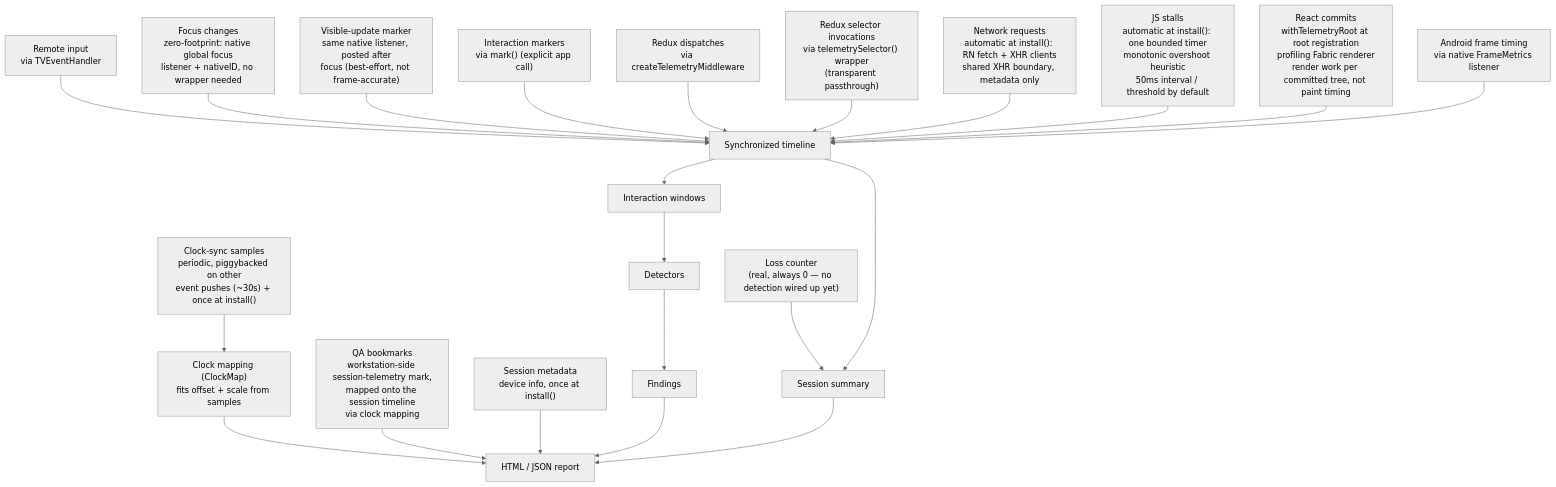
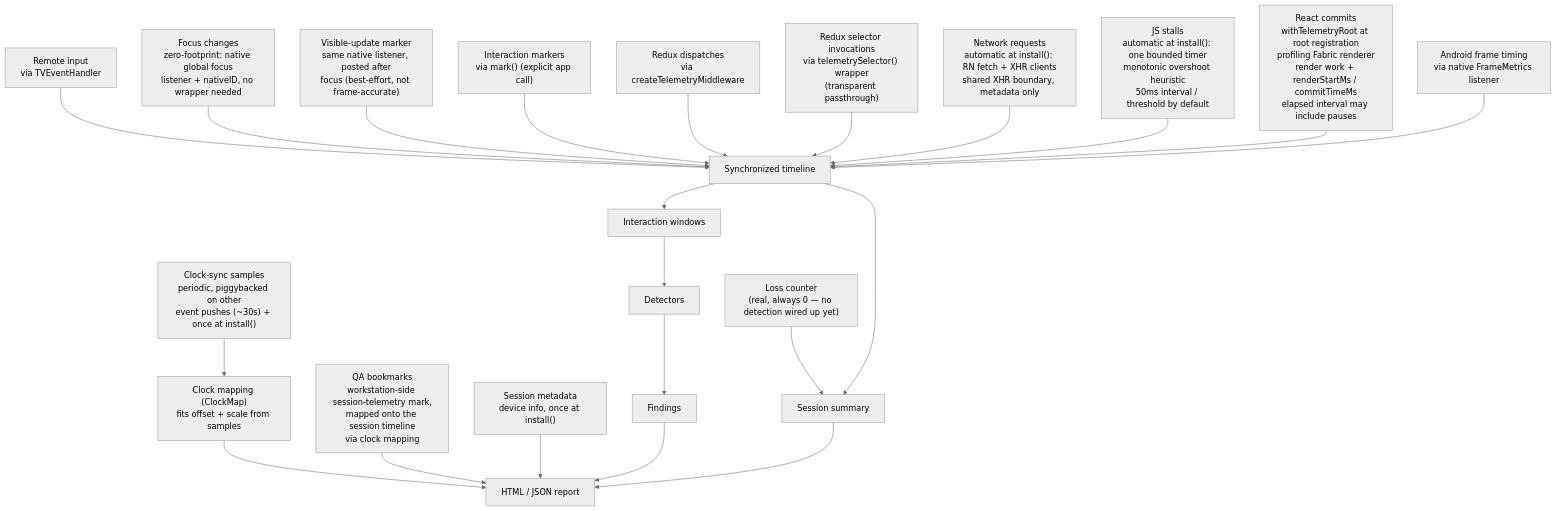
The diagram in diagrams/signals.mmd (undrafted/rn-android-tv-session-telemetry), drawn with Mermaid before and after one commit. The commit also changed 19 other files, not shown here.

```diff
--- a/diagrams/signals.mmd
+++ b/diagrams/signals.mmd
@@ -1,27 +1,27 @@
 %%{init: {"theme": "neutral"}}%%
 %% Full per-signal detail (capture mechanism, which detector consumes it, exact thresholds):
 %% see ../docs/measurement-semantics.md
 flowchart TD
     RemoteInput["Remote input<br/>via TVEventHandler"] --> Timeline["Synchronized timeline"]
     Focus["Focus changes<br/>zero-footprint: native global focus<br/>listener + nativeID, no wrapper needed"] --> Timeline
     VisibleUpdate["Visible-update marker<br/>same native listener, posted after<br/>focus (best-effort, not frame-accurate)"] --> Timeline
     InteractionMarker["Interaction markers<br/>via mark() (explicit app call)"] --> Timeline
     Redux["Redux dispatches<br/>via createTelemetryMiddleware"] --> Timeline
     Selector["Redux selector invocations<br/>via telemetrySelector() wrapper<br/>(transparent passthrough)"] --> Timeline
     Network["Network requests<br/>automatic at install(): RN fetch + XHR clients<br/>shared XHR boundary, metadata only"] --> Timeline
     JSStall["JS stalls<br/>automatic at install(): one bounded timer<br/>monotonic overshoot heuristic<br/>50ms interval / threshold by default"] --> Timeline
-    ReactCommit["React commits<br/>withTelemetryRoot at root registration<br/>profiling Fabric renderer<br/>render work per committed tree, not paint timing"] --> Timeline
+    ReactCommit["React commits<br/>withTelemetryRoot at root registration<br/>profiling Fabric renderer<br/>render work + renderStartMs / commitTimeMs<br/>elapsed interval may include pauses"] --> Timeline
     FrameTiming["Android frame timing<br/>via native FrameMetrics listener"] --> Timeline
 
     ClockSync["Clock-sync samples<br/>periodic, piggybacked on other<br/>event pushes (~30s) + once at install()"] --> ClockMapping["Clock mapping (ClockMap)<br/>fits offset + scale from samples"]
     ClockMapping --> ReportOut
     Bookmarks["QA bookmarks<br/>workstation-side session-telemetry mark,<br/>mapped onto the session timeline<br/>via clock mapping"] --> ReportOut
     SessionMeta["Session metadata<br/>device info, once at install()"] --> ReportOut
     LossCount["Loss counter<br/>(real, always 0 — no detection wired up yet)"] --> Summary
 
     Timeline --> Windows["Interaction windows"]
     Timeline --> Summary["Session summary"]
     Windows --> Detectors["Detectors"]
     Detectors --> Findings["Findings"]
     Findings --> ReportOut["HTML / JSON report"]
     Summary --> ReportOut
```
